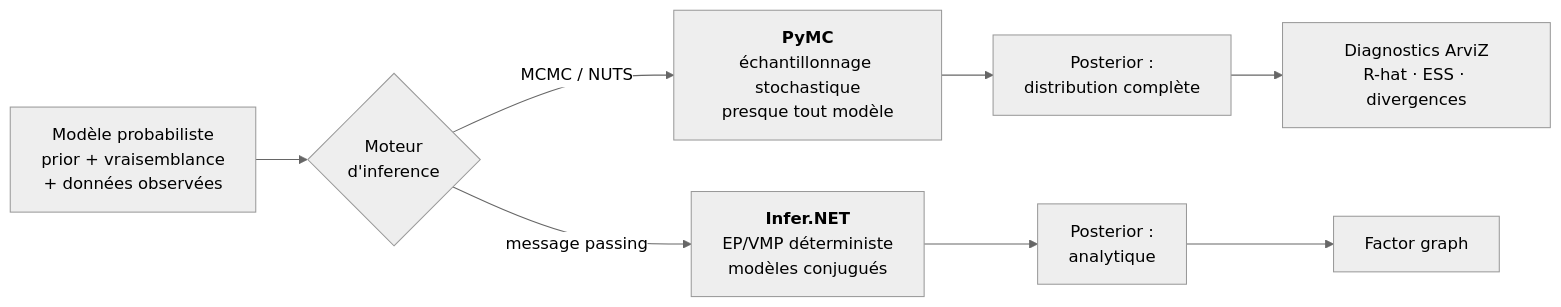
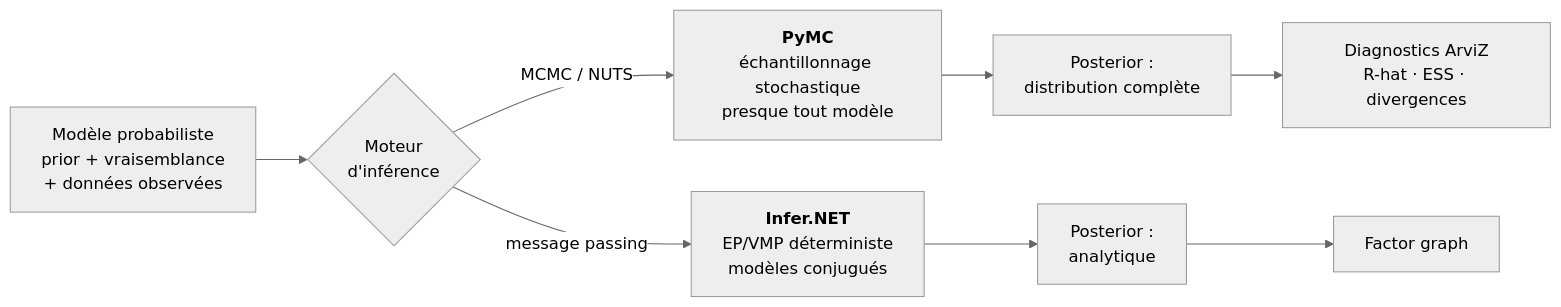
One commit to jsboige/CoursIA changed the first of 2 diagrams in MyIA.AI.Notebooks/Probas/PyMC/README.md. Above: the diagram before and after it, drawn with Mermaid (neutral theme). The commit also changed other lines of this file, not shown here.

````diff
--- a/MyIA.AI.Notebooks/Probas/PyMC/README.md
+++ b/MyIA.AI.Notebooks/Probas/PyMC/README.md
@@ -25,10 +25,10 @@
 ```mermaid
 flowchart LR
-    M["Modèle probabiliste<br/>prior + vraisemblance<br/>+ données observées"] --> FORK{"Moteur<br/>d'inference"}
+    M["Modèle probabiliste<br/>prior + vraisemblance<br/>+ données observées"] --> FORK{"Moteur<br/>d'inférence"}
     FORK -->|"MCMC / NUTS"| PYMC["<b>PyMC</b><br/>échantillonnage stochastique<br/>presque tout modèle"]
     FORK -->|"message passing"| INFER["<b>Infer.NET</b><br/>EP/VMP déterministe<br/>modèles conjugués"]
     PYMC --> P1["Posterior :<br/>distribution complète"]
     INFER --> P2["Posterior :<br/>analytique"]
     P1 --> D1["Diagnostics ArviZ<br/>R-hat · ESS · divergences"]
     P2 --> D2["Factor graph"]
 ```
````
